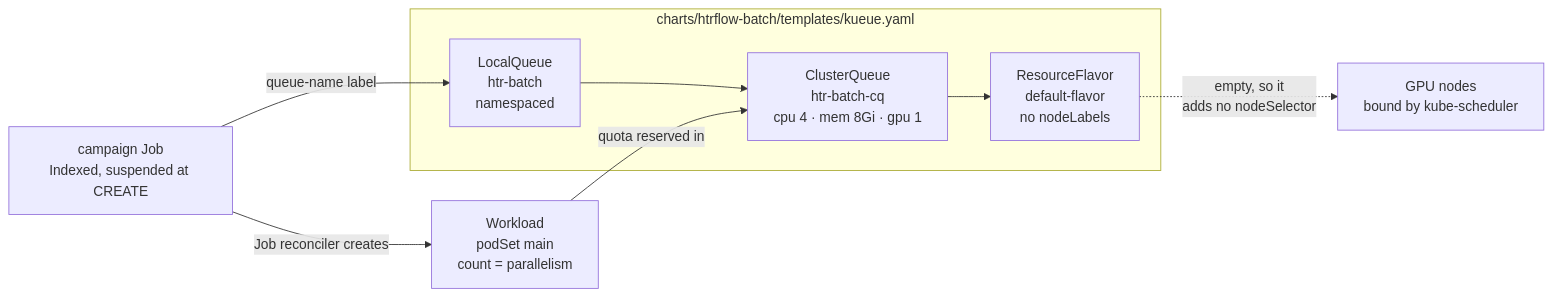
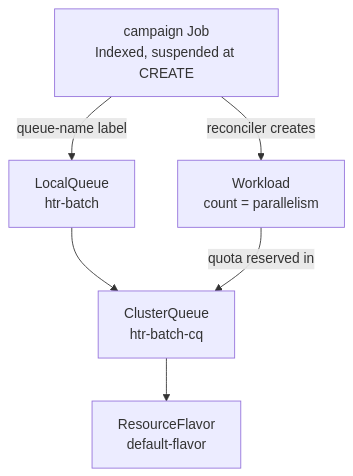
The first of 3 diagrams in docs/slides/htrflow-batch-under-the-hood.md (AI-Riksarkivet/htrflow-batch), drawn with Mermaid before and after one commit. The commit also changed other lines of this file and 6 other files, not shown here.

````diff
--- a/docs/slides/htrflow-batch-under-the-hood.md
+++ b/docs/slides/htrflow-batch-under-the-hood.md
@@ -84,17 +87,13 @@
-```mermaid h:400
-flowchart LR
-  subgraph chart["charts/htrflow-batch/templates/kueue.yaml"]
-    LQ["LocalQueue<br/>htr-batch<br/>namespaced"]
-    CQ["ClusterQueue<br/>htr-batch-cq<br/>cpu 4 · mem 8Gi · gpu 1"]
-    RF["ResourceFlavor<br/>default-flavor<br/>no nodeLabels"]
-  end
+```mermaid h:440
+flowchart TB
   JOB["campaign Job<br/>Indexed, suspended at CREATE"]
-  WL["Workload<br/>podSet main<br/>count = parallelism"]
-  N["GPU nodes<br/>bound by kube-scheduler"]
+  LQ["LocalQueue<br/>htr-batch"]
+  WL["Workload<br/>count = parallelism"]
+  CQ["ClusterQueue<br/>htr-batch-cq"]
+  RF["ResourceFlavor<br/>default-flavor"]
   JOB -->|"queue-name label"| LQ
+  JOB -->|"reconciler creates"| WL
   LQ --> CQ
+  WL -->|"quota reserved in"| CQ
   CQ --> RF
-  RF -.->|"empty, so it<br/>adds no nodeSelector"| N
-  JOB -->|"Job reconciler creates"| WL
-  WL -->|"quota reserved in"| CQ
 ```
````
